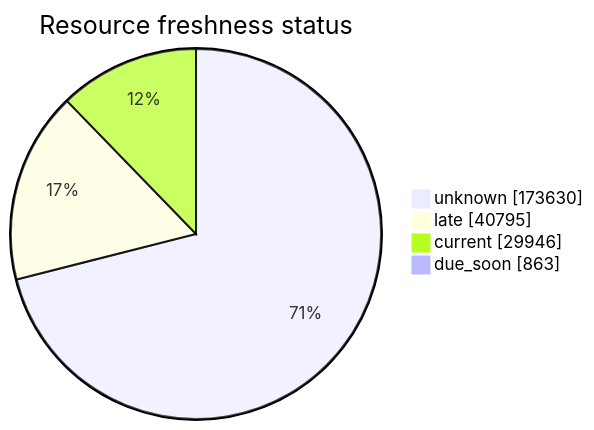
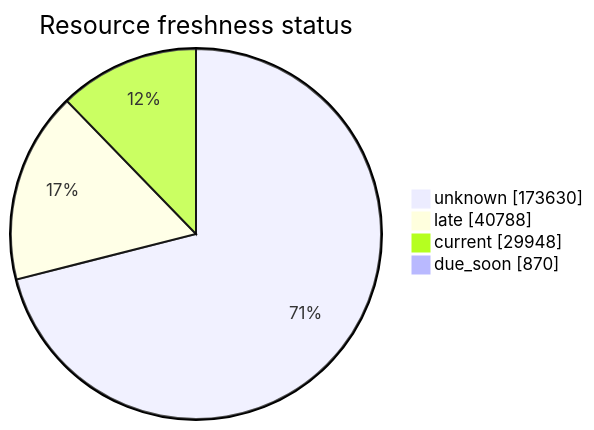
The third of 5 diagrams in FreshCheck/README.md (open-data/analytics-corporate-reporting), drawn with Mermaid before and after one commit. The commit also changed other lines of this file and 3 other files, not shown here.

````diff
--- a/FreshCheck/README.md
+++ b/FreshCheck/README.md
@@ -77,7 +77,7 @@
 ```mermaid
 pie showData title Resource freshness status
     "unknown": 173630
-    "late": 40795
-    "current": 29946
-    "due_soon": 863
+    "late": 40788
+    "current": 29948
+    "due_soon": 870
 ```
````
